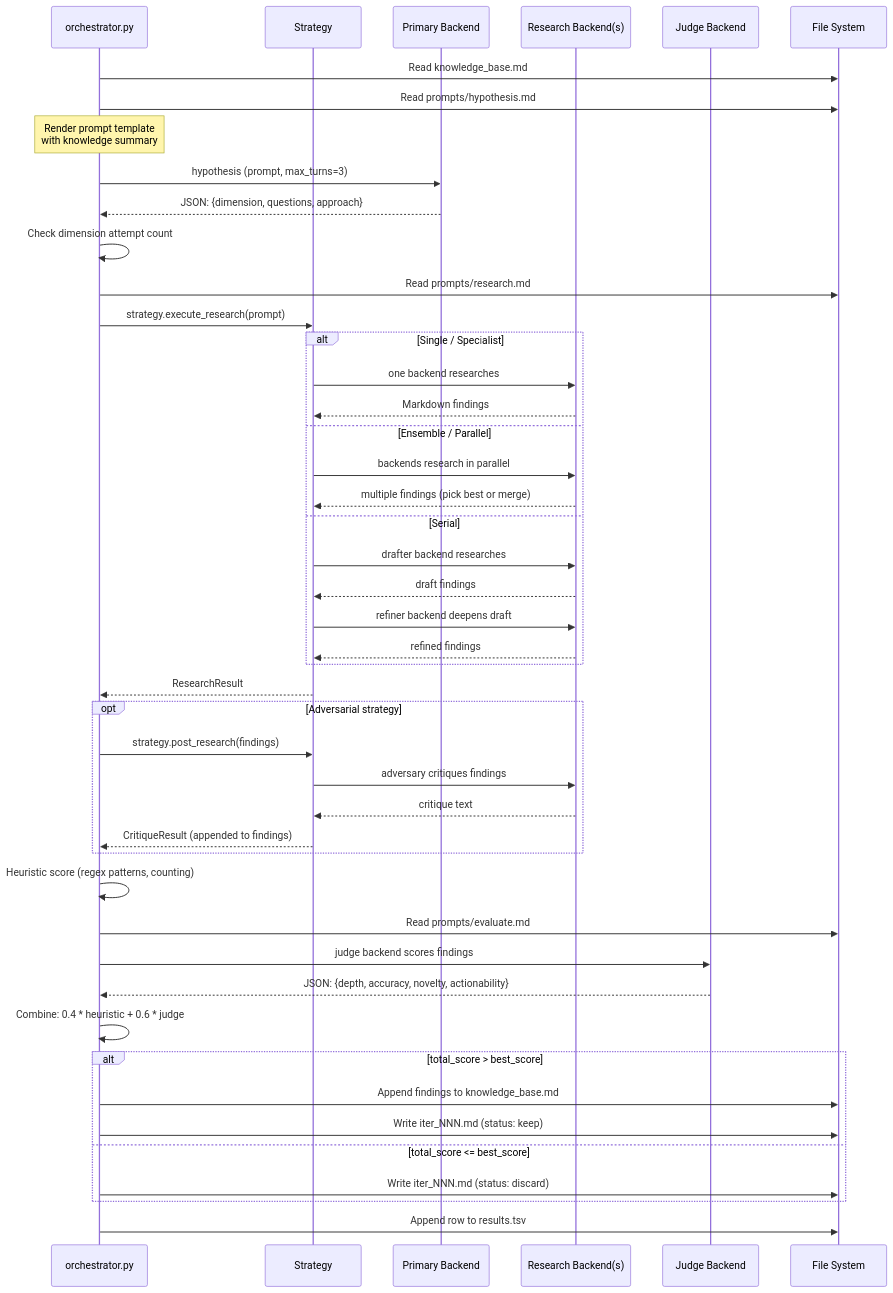
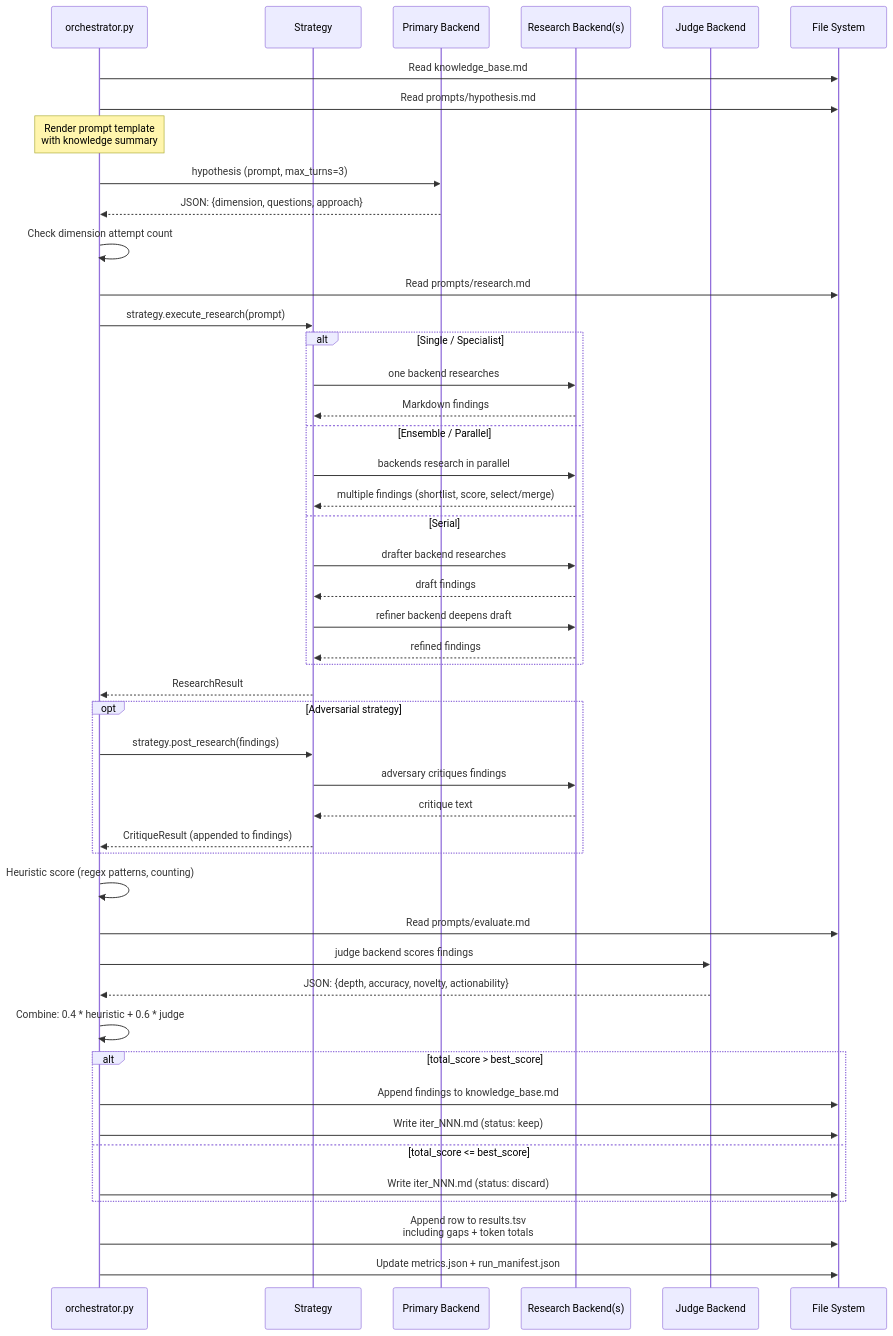
One commit to josefigueredo/auto-research changed the second of 8 diagrams in README.md. Above: the diagram before and after it, drawn with Mermaid. The commit also changed other lines of this file and 16 other files, not shown here.

````diff
--- a/README.md
+++ b/README.md
@@ -120,60 +138,61 @@
 ```mermaid
 sequenceDiagram
     participant O as orchestrator.py
     participant S as Strategy
     participant P as Primary Backend
     participant R as Research Backend(s)
     participant J as Judge Backend
     participant FS as File System
 
     O->>FS: Read knowledge_base.md
     O->>FS: Read prompts/hypothesis.md
 
     Note over O: Render prompt template<br>with knowledge summary
 
     O->>P: hypothesis (prompt, max_turns=3)
     P-->>O: JSON: {dimension, questions, approach}
 
     O->>O: Check dimension attempt count
 
     O->>FS: Read prompts/research.md
     O->>S: strategy.execute_research(prompt)
 
     alt Single / Specialist
         S->>R: one backend researches
         R-->>S: Markdown findings
     else Ensemble / Parallel
         S->>R: backends research in parallel
-        R-->>S: multiple findings (pick best or merge)
+        R-->>S: multiple findings (shortlist, score, select/merge)
     else Serial
         S->>R: drafter backend researches
         R-->>S: draft findings
         S->>R: refiner backend deepens draft
         R-->>S: refined findings
     end
     S-->>O: ResearchResult
 
     opt Adversarial strategy
         O->>S: strategy.post_research(findings)
         S->>R: adversary critiques findings
         R-->>S: critique text
         S-->>O: CritiqueResult (appended to findings)
     end
 
     O->>O: Heuristic score (regex patterns, counting)
 
     O->>FS: Read prompts/evaluate.md
     O->>J: judge backend scores findings
     J-->>O: JSON: {depth, accuracy, novelty, actionability}
 
     O->>O: Combine: 0.4 * heuristic + 0.6 * judge
 
     alt total_score > best_score
         O->>FS: Append findings to knowledge_base.md
         O->>FS: Write iter_NNN.md (status: keep)
     else total_score <= best_score
         O->>FS: Write iter_NNN.md (status: discard)
     end
 
-    O->>FS: Append row to results.tsv
+    O->>FS: Append row to results.tsv<br>including gaps + token totals
+    O->>FS: Update metrics.json + run_manifest.json
 ```
````
